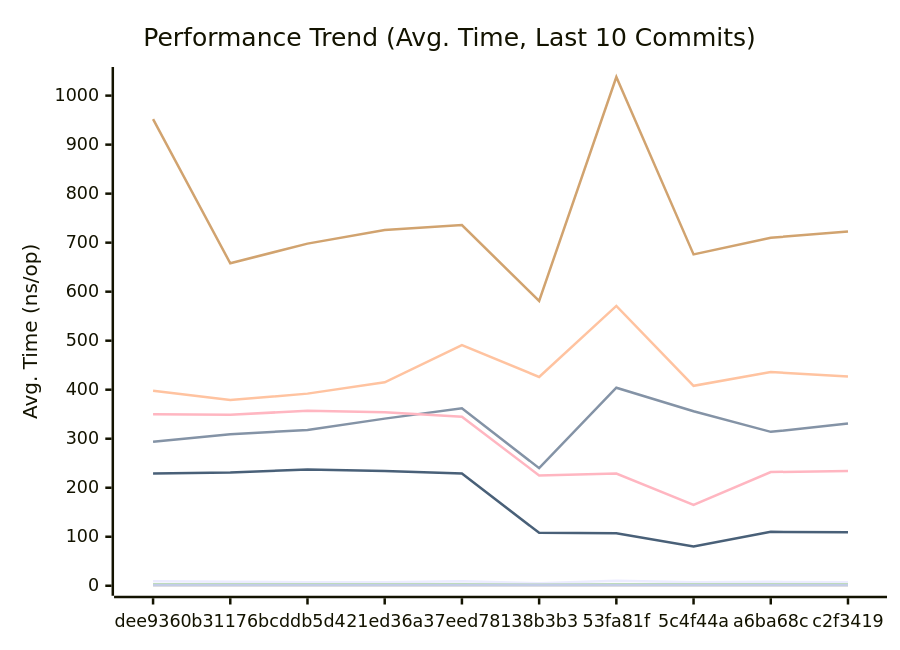
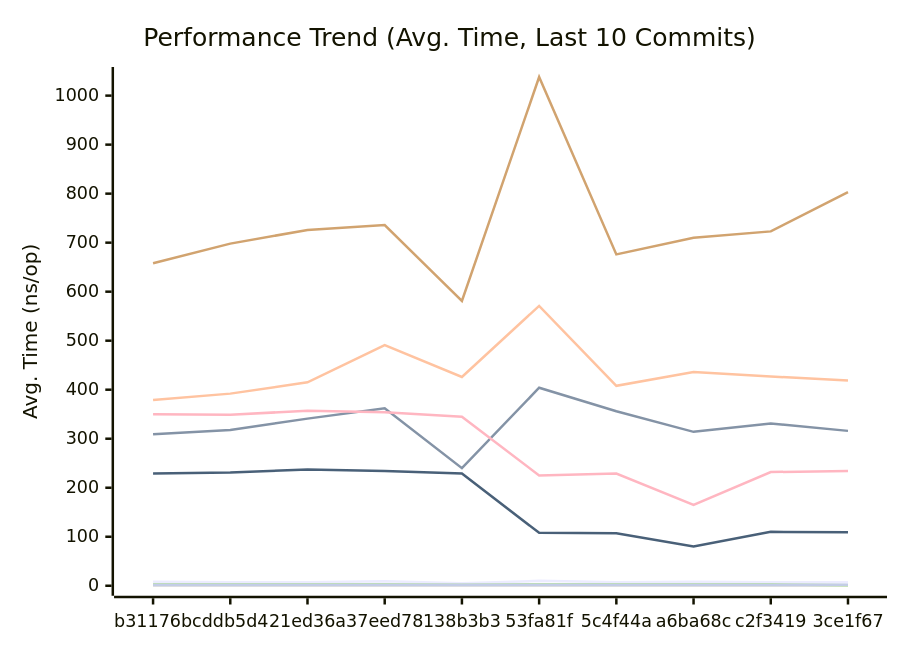
Before and after one commit to alsotoes/momo: the first of 3 diagrams in docs/PERFORMANCE.md, drawn with Mermaid. The commit also changed other lines of this file and 20 other files, not shown here.

````diff
--- a/docs/PERFORMANCE.md
+++ b/docs/PERFORMANCE.md
@@ -80,16 +82,16 @@
 ```mermaid
 xychart-beta
     title "Performance Trend (Avg. Time, Last 10 Commits)"
     x-axis "Commit"
     y-axis "Avg. Time (ns/op)"
-    x-axis [dee9360,b31176b,cddb5d4,21ed36a,37eed78,138b3b3,53fa81f,5c4f44a,a6ba68c,c2f3419]
-    line "CheckMetricsAndSwap" [9,8,7,7,9,5,10,7,8,7]
-    line "CrushOptimized" [294,309,318,341,362,240,404,356,314,331]
-    line "CrushOriginal" [398,379,392,415,491,426,571,408,436,427]
+    x-axis [b31176b,cddb5d4,21ed36a,37eed78,138b3b3,53fa81f,5c4f44a,a6ba68c,c2f3419,3ce1f67]
+    line "CheckMetricsAndSwap" [8,7,7,9,5,10,7,8,7,7]
+    line "CrushOptimized" [309,318,341,362,240,404,356,314,331,316]
+    line "CrushOriginal" [379,392,415,491,426,571,408,436,427,419]
     line "IndexDirectTracking" [0,0,0,0,0,0,0,0,0,0]
-    line "IndexSearch" [3,3,3,3,3,2,3,3,3,3]
-    line "LoadGlobalConfig" [952,658,698,726,736,581,1038,676,710,723]
+    line "IndexSearch" [3,3,3,3,2,3,3,3,3,1]
+    line "LoadGlobalConfig" [658,698,726,736,581,1038,676,710,723,803]
     line "PadString" [2,2,2,2,2,2,2,2,2,2]
     line "ParseReplicationOrder_NoPrealloc" [350,349,357,354,345,225,229,165,232,234]
     line "ParseReplicationOrder_Prealloc" [229,231,237,234,229,108,107,80,110,109]
 ```
````
